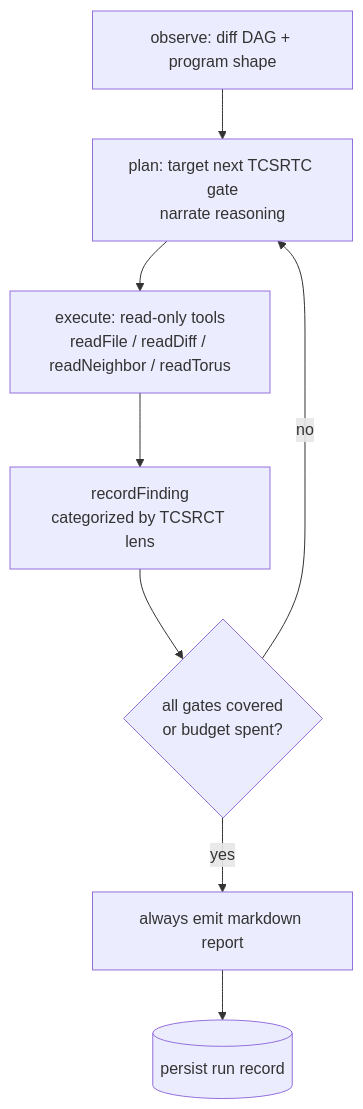
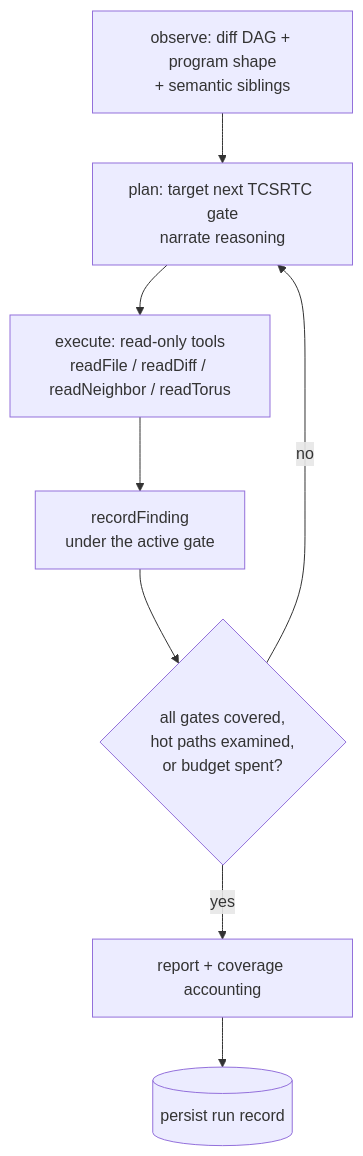
Before and after one commit to Solesius/capillary-cr: the third of 5 diagrams in ARCHITECTURE.md, drawn with Mermaid. The commit also changed other lines of this file and 15 other files, not shown here.

First line of the commit message:
feat(review): semantic edges in the DAG; TCSRTC gate formalism; hot-path coverage enforcement

````diff
--- a/ARCHITECTURE.md
+++ b/ARCHITECTURE.md
@@ -156,10 +166,10 @@
 ```mermaid
 flowchart TD
-    OBS[observe: diff DAG + program shape] --> PLAN[plan: target next TCSRTC gate\nnarrate reasoning]
+    OBS[observe: diff DAG + program shape\n+ semantic siblings] --> PLAN[plan: target next TCSRTC gate\nnarrate reasoning]
     PLAN --> EXEC[execute: read-only tools\nreadFile / readDiff / readNeighbor / readTorus]
-    EXEC --> FIND[recordFinding\ncategorized by TCSRCT lens]
-    FIND --> CYCLE{all gates covered\nor budget spent?}
+    EXEC --> FIND[recordFinding\nunder the active gate]
+    FIND --> CYCLE{all gates covered,\nhot paths examined,\nor budget spent?}
     CYCLE -- no --> PLAN
-    CYCLE -- yes --> REPORT[always emit markdown report]
+    CYCLE -- yes --> REPORT[report + coverage accounting]
     REPORT --> PERSIST[(persist run record)]
 ```
````
